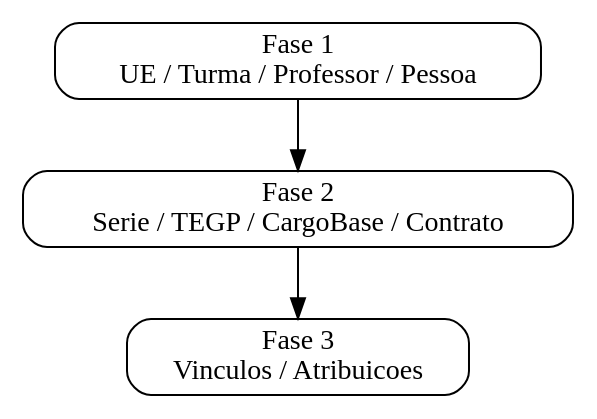
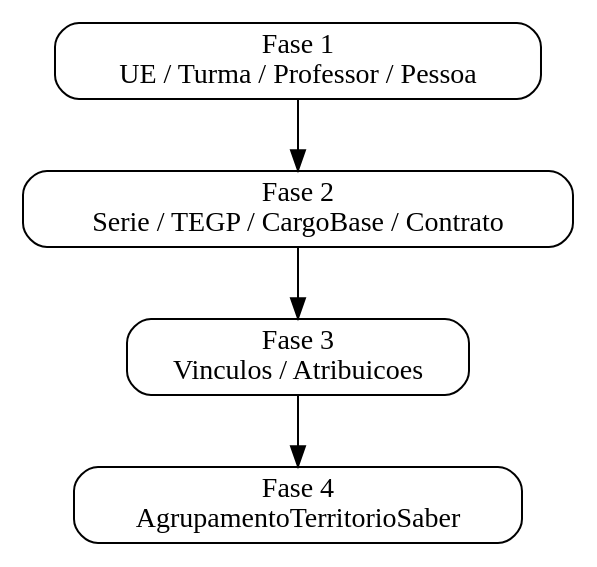
One commit to prefeiturasp/SME-IntegracaoEOL-MS-ETL changed the diagram in docs/dominios/professores/visao_geral.md. Above: the diagram before and after it, drawn with Graphviz. The commit also changed other lines of this file and 11 other files, not shown here.

Commit message:
Feature 144835 atribuicao territorio o saber

````diff
--- a/docs/dominios/professores/visao_geral.md
+++ b/docs/dominios/professores/visao_geral.md
@@ -55,12 +55,13 @@
 ```{graphviz}
 digraph G {
     rankdir=TB;
     node [shape=box, style="rounded"];
 
     F1 [label="Fase 1\nUE / Turma / Professor / Pessoa"];
     F2 [label="Fase 2\nSerie / TEGP / CargoBase / Contrato"];
     F3 [label="Fase 3\nVinculos / Atribuicoes"];
+    F4 [label="Fase 4\nAgrupamentoTerritorioSaber"];
 
-    F1 -> F2 -> F3;
+    F1 -> F2 -> F3 -> F4;
 }
 ```
````
